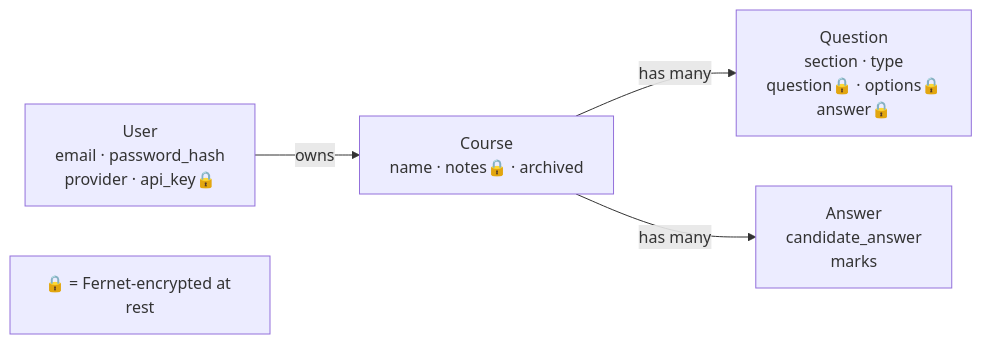
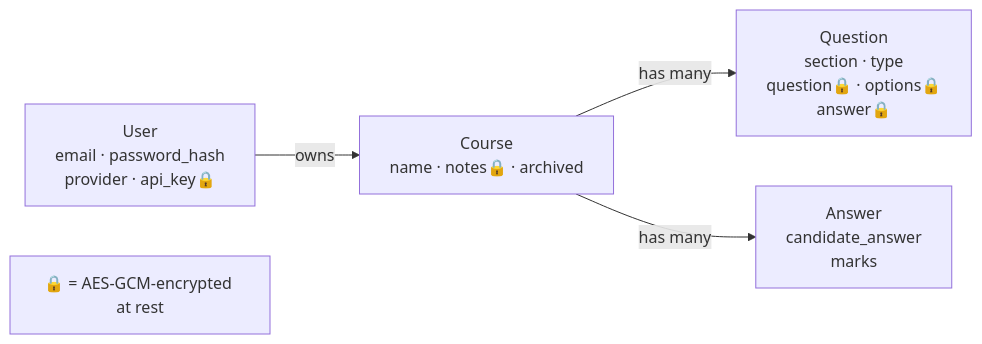
The seventh of 7 diagrams in docs/ARCHITECTURE.md (rishabh750/quiz), drawn with Mermaid before and after one commit. The commit also changed other lines of this file and 83 other files, not shown here.

````diff
--- a/docs/ARCHITECTURE.md
+++ b/docs/ARCHITECTURE.md
@@ -178,13 +208,13 @@
 ```mermaid
 graph LR
   U["User<br/>email · password_hash<br/>provider · api_key🔒"]
   C["Course<br/>name · notes🔒 · archived"]
   Q["Question<br/>section · type<br/>question🔒 · options🔒<br/>answer🔒"]
   A["Answer<br/>candidate_answer<br/>marks"]
 
   U -->|owns| C
   C -->|has many| Q
   C -->|has many| A
 
-  L["🔒 = Fernet-encrypted at rest"]
+  L["🔒 = AES-GCM-encrypted at rest"]
 ```
````
